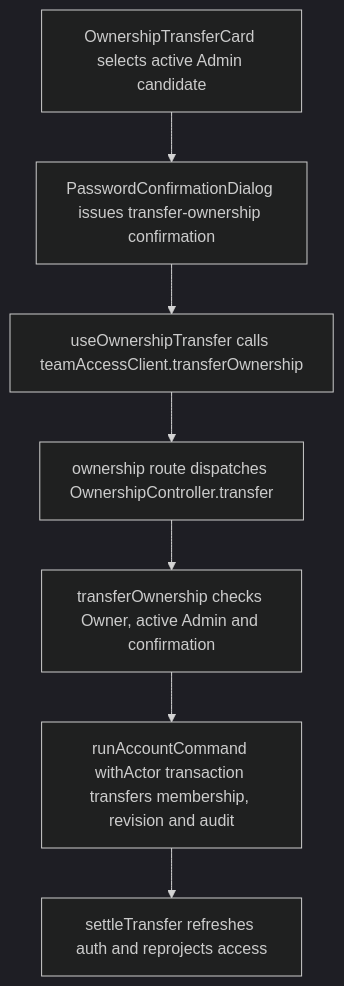
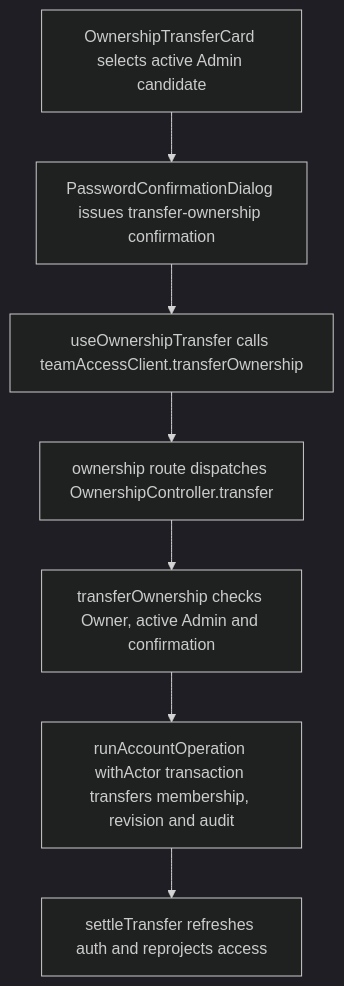
The second of 2 diagrams in user-stories/settings/US-SET-18-ownership-transfer.md (Kevinjohn/capacitylens), drawn with Mermaid (dark theme) before and after one commit. The commit also changed other lines of this file and 10 other files, not shown here.

First line of the commit message:
Account operation: rename account_commands.ts and the account-command helpers

````diff
--- a/user-stories/settings/US-SET-18-ownership-transfer.md
+++ b/user-stories/settings/US-SET-18-ownership-transfer.md
@@ -36,9 +36,9 @@
 ```mermaid
 flowchart TD
   card["OwnershipTransferCard selects active Admin candidate"] --> dialog["PasswordConfirmationDialog issues transfer-ownership confirmation"]
   dialog --> hook["useOwnershipTransfer calls teamAccessClient.transferOwnership"]
   hook --> route["ownership route dispatches OwnershipController.transfer"]
   route --> service["transferOwnership checks Owner, active Admin and confirmation"]
-  service --> transaction["runAccountCommand withActor transaction transfers membership, revision and audit"]
+  service --> transaction["runAccountOperation withActor transaction transfers membership, revision and audit"]
   transaction --> result["settleTransfer refreshes auth and reprojects access"]
 ```
````
